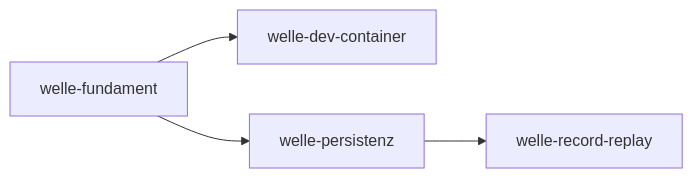
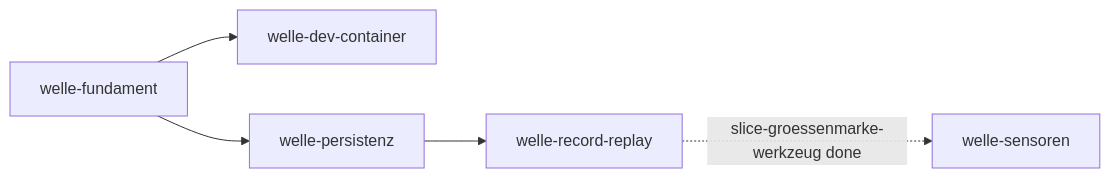
Before and after one commit to pt9912/odata-recorder: the diagram in docs/plan/planning/in-progress/roadmap.md, drawn with Mermaid. The commit also changed other lines of this file and 5 other files, not shown here.

````diff
--- a/docs/plan/planning/in-progress/roadmap.md
+++ b/docs/plan/planning/in-progress/roadmap.md
@@ -58,11 +59,13 @@
 ```mermaid
 flowchart LR
     F[welle-fundament]
     D[welle-dev-container]
     P[welle-persistenz]
     R[welle-record-replay]
+    S[welle-sensoren]
 
     F --> D
     F --> P
     P --> R
+    R -. "slice-groessenmarke-werkzeug done" .-> S
 ```
````
